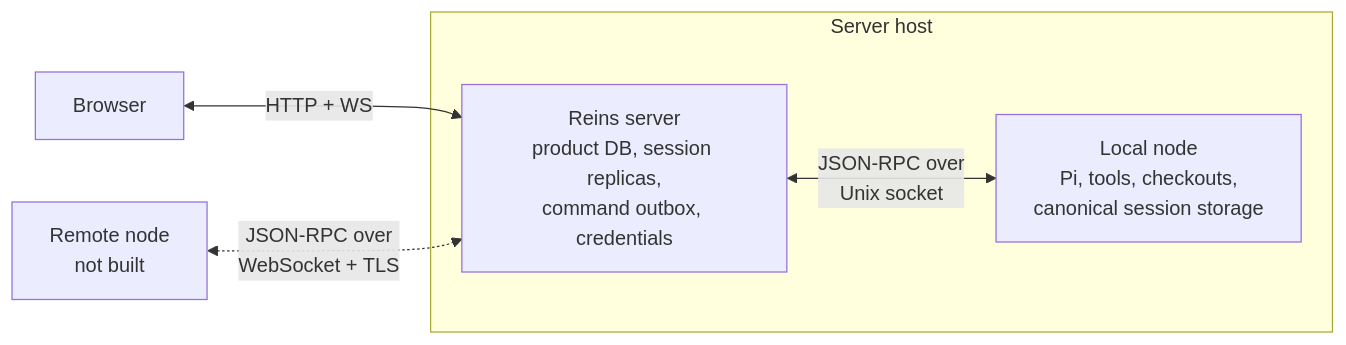
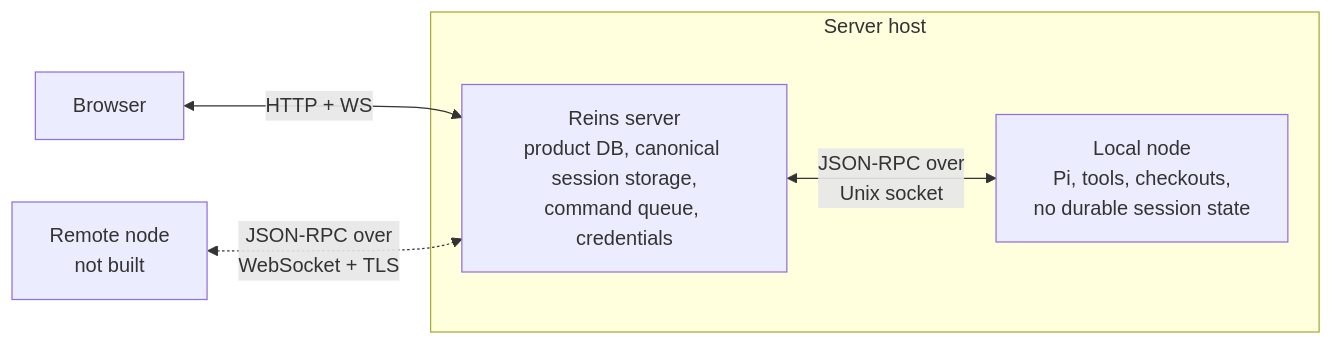
The diagram in docs/plans/node-architecture.md (willtcarey/reins), drawn with Mermaid before and after one commit. The commit also changed other lines of this file and 6 other files, not shown here.

First line of the commit message:
Decide on server-canonical session storage and a stateless node (ADR-015)

````diff
--- a/docs/plans/node-architecture.md
+++ b/docs/plans/node-architecture.md
@@ -9,10 +9,10 @@
 ```mermaid
 graph LR
     Browser[Browser] <-->|HTTP + WS| Server
     subgraph Server host
-        Server[Reins server\nproduct DB, session replicas,\ncommand outbox, credentials]
-        Local[Local node\nPi, tools, checkouts,\ncanonical session storage]
+        Server[Reins server\nproduct DB, canonical session storage,\ncommand queue, credentials]
+        Local[Local node\nPi, tools, checkouts,\nno durable session state]
         Server <-->|JSON-RPC over\nUnix socket| Local
     end
     Remote[Remote node\nnot built] <-.->|JSON-RPC over\nWebSocket + TLS| Server
 ```
````
